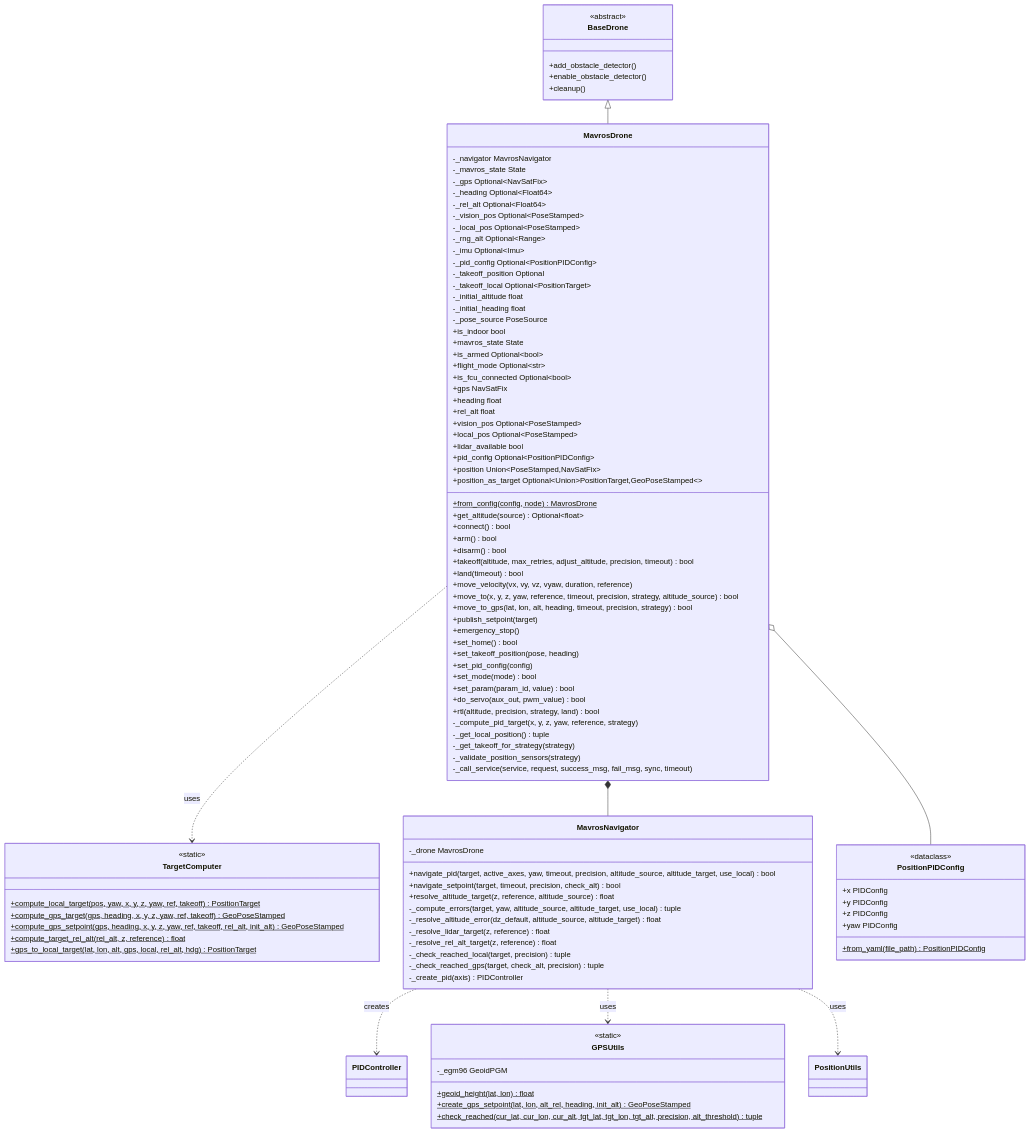
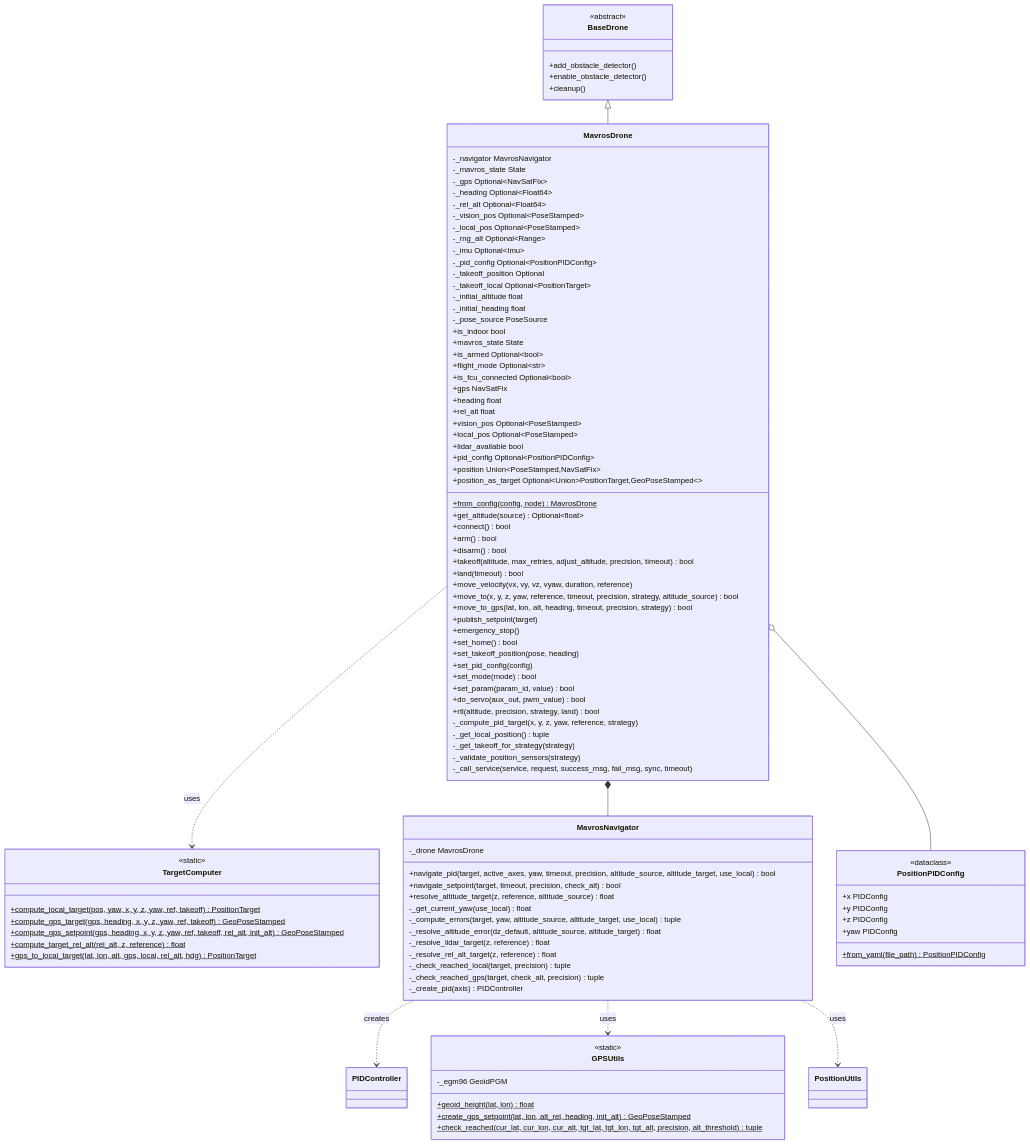
The first of 2 diagrams in nectar/nectar/control/mavros/README.md (Black-Bee-Drones/nectar-sdk), drawn with Mermaid before and after one commit. The commit also changed other lines of this file and 1 other file, not shown here.

```diff
--- a/nectar/nectar/control/mavros/README.md
+++ b/nectar/nectar/control/mavros/README.md
@@ -134,6 +134,7 @@
         +navigate_pid(target, active_axes, yaw, timeout, precision, altitude_source, altitude_target, use_local) bool
         +navigate_setpoint(target, timeout, precision, check_alt) bool
         +resolve_altitude_target(z, reference, altitude_source) float
+        -_get_current_yaw(use_local) float
         -_compute_errors(target, yaw, altitude_source, altitude_target, use_local) tuple
         -_resolve_altitude_error(dz_default, altitude_source, altitude_target) float
         -_resolve_lidar_target(z, reference) float
```
